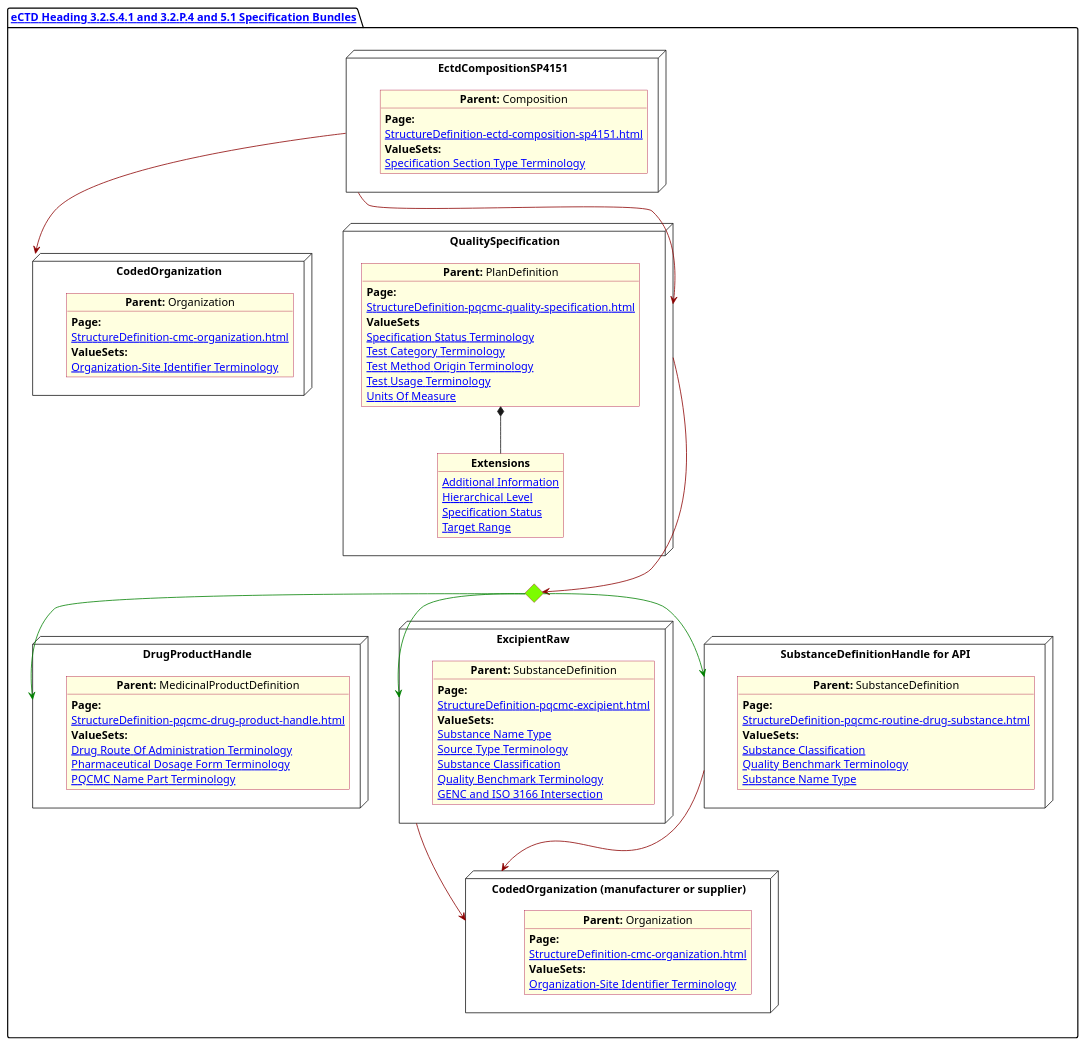
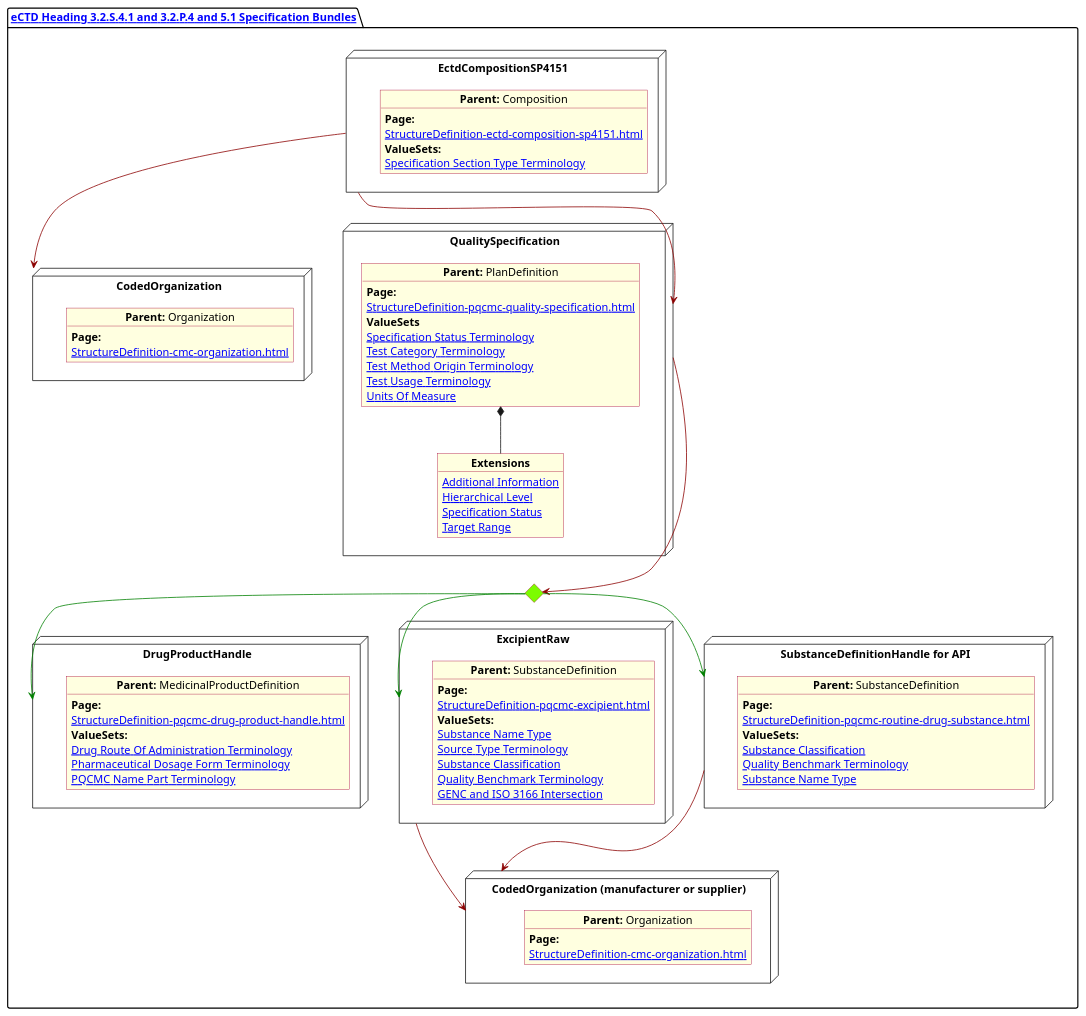
Before and after one commit to HL7/FHIR-us-pq-cmc-fda: the diagram in input/images-source/Specification.plantuml, drawn with PlantUML. The commit also changed 140 other files, not shown here.

```diff
--- a/input/images-source/Specification.plantuml
+++ b/input/images-source/Specification.plantuml
@@ -1,112 +1,109 @@
 @startuml Specification
 allowmixing
 'Mixed model of use case and object
 skinparam svgDimensionStyle false
 skinparam ObjectBackgroundColor LightYellow
 skinparam ObjectBorderColor #A80036
 skinparam activityDiamondBorderColor #A80036
 skinparam activityDiamondBackgroundColor lawnGreen
 skinparam ClassBorderThickness 4
 
 package "[[StructureDefinition-cmc-ectd-document-sp4151.html eCTD Heading 3.2.S.4.1 and 3.2.P.4 and 5.1 Specification Bundles]]" as NODES {
 
   node "CodedOrganization" as NMSpon {
 
     object "**Parent:** Organization" as objDP {
       **Page:**
       [[StructureDefinition-cmc-organization.html]]
-      **ValueSets:**
-      [[ValueSet-pqcmc-org-identifier-type-terminology.html Organization-Site Identifier Terminology]]
     }
   }
   node "DrugProductHandle" as NN {
 
     object "**Parent:** MedicinalProductDefinition" as obj3 {
       **Page:**
       [[StructureDefinition-pqcmc-drug-product-handle.html]]
       **ValueSets:**
       [[ValueSet-spl-drug-route-of-administration-terminology.html Drug Route Of Administration Terminology]]
       [[ValueSet-spl-pharmaceutical-dosage-form-terminology.html Pharmaceutical Dosage Form Terminology]]
       [[ValueSet-pqcmc-name-part-terminology.html PQCMC Name Part Terminology]]
     }
   }
   node "ExcipientRaw" as N21 {
 
     object "**Parent:** SubstanceDefinition" as obj22 {
       **Page:**
       [[StructureDefinition-pqcmc-excipient.html]]
       **ValueSets:**
       [[ValueSet-pqcmc-substance-name-type.html Substance Name Type]]
       [[ValueSet-pqcmc-source-type-terminology.html Source Type Terminology]]
       [[ValueSet-substance-classification.html Substance Classification]]
       [[ValueSet-pqcmc-quality-benchmark-terminology.html Quality Benchmark Terminology]]
       [[ValueSet-pqcmc-genc-and-iso-intersect.html GENC and ISO 3166 Intersection]]
     }
   }
     node "EctdCompositionSP4151" as N1 {
 
       object "**Parent:** Composition" as obj1 {
         **Page:**
         [[StructureDefinition-ectd-composition-sp4151.html]]
         **ValueSets:**
         [[ValueSet-cmc-specification-types-vs.html Specification Section Type Terminology]]
       }
     }
 
     node "SubstanceDefinitionHandle for API" as NNS {
 
       object "**Parent:** SubstanceDefinition" as obj4 {
         **Page:**
         [[StructureDefinition-pqcmc-routine-drug-substance.html]]
         **ValueSets:**
         [[ValueSet-substance-classification.html Substance Classification]]
         [[ValueSet-pqcmc-quality-benchmark-terminology.html Quality Benchmark Terminology]]
         [[ValueSet-pqcmc-substance-name-type.html Substance Name Type]]
 
       }
     }
 
     diamond CH
 
     node "QualitySpecification" as N2 {
 
       object "**Parent:** PlanDefinition" as obj2 {
         **Page:**
         [[StructureDefinition-pqcmc-quality-specification.html]]
         **ValueSets**
         [[ValueSet-pqcmc-specification-status-terminology.html Specification Status Terminology]]
         [[ValueSet-pqcmc-test-category-terminology.html Test Category Terminology]]
         [[ValueSet-pqcmc-test-method-origin-terminology.html Test Method Origin Terminology]]
         [[ValueSet-pqcmc-test-usage-terminology.html Test Usage Terminology]]
         [[ValueSet-pqcmc-units-of-measure.html Units Of Measure]]
 
       }
       object "**Extensions**" as objQSEx {
         [[StructureDefinition-pq-additional-info-extension.html Additional Information]]
         [[StructureDefinition-pq-hierarchical-level-extension.html Hierarchical Level]]
         [[StructureDefinition-pq-specification-status-extension.html Specification Status]]
         [[StructureDefinition-pq-target-range.html Target Range]]
       }
       obj2 *-- objQSEx
     }
 
     node "CodedOrganization (manufacturer or supplier)" as NMSpon2 {
 
       object "**Parent:** Organization" as objDP2 {
         **Page:**
         [[StructureDefinition-cmc-organization.html]]
-        **ValueSets:**
-        [[ValueSet-pqcmc-org-identifier-type-terminology.html Organization-Site Identifier Terminology]]
+     
       }
     }
     N1 -[#darkred]-> N2
     N1 -[#darkred]-> NMSpon
 
     N2 -[#darkred]--> CH
     CH -[#green]-> N21
     CH -[#green]-> NNS
     CH -[#green]-> NN
     NNS -[#darkred]--> NMSpon2
     N21 -[#darkred]--> NMSpon2
   }
   @enduml
```
